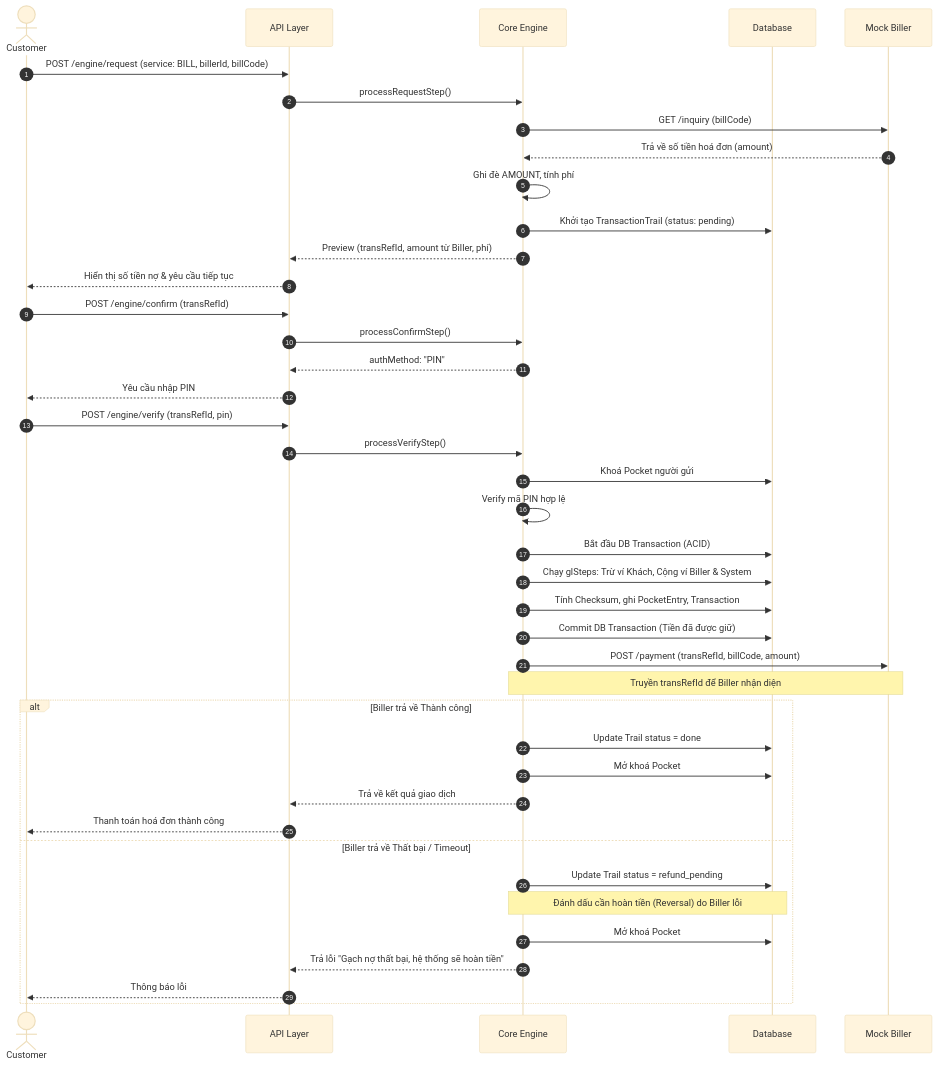
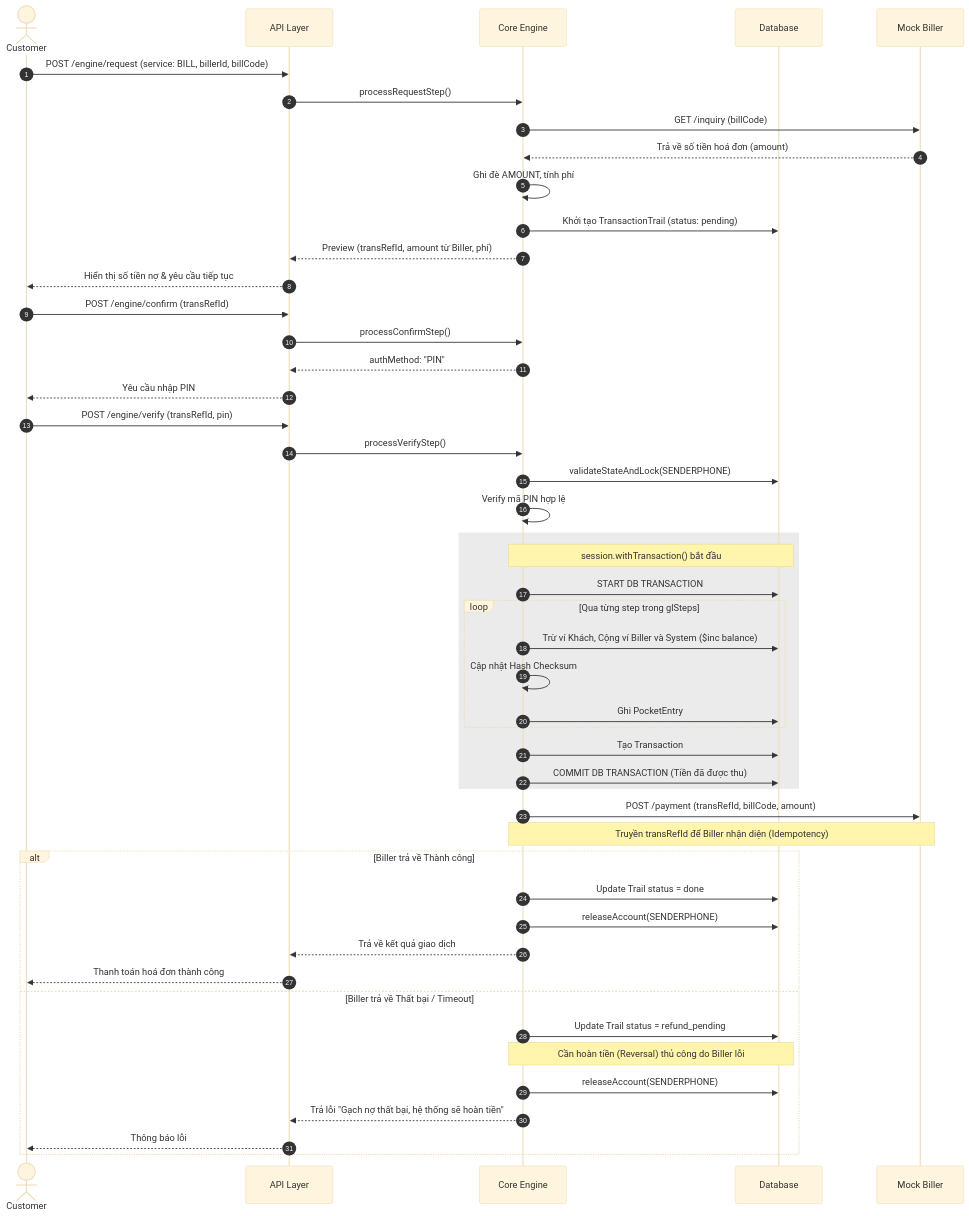
The third of 3 diagrams in docs/Sequence diagram/Sequence.md (DLdevcoder/MINI-WALLET), drawn with Mermaid (base theme) before and after one commit. The commit also changed other lines of this file, not shown here.

Commit message:
docs: add detail in verify on sequence

````diff
--- a/docs/Sequence diagram/Sequence.md
+++ b/docs/Sequence diagram/Sequence.md
@@ -112,54 +130,60 @@
 ```mermaid
 sequenceDiagram
     autonumber
     actor C as Customer
     participant A as API Layer
     participant E as Core Engine
     participant D as Database
     participant B as Mock Biller
 
     %% BƯỚC 1: REQUEST & INQUIRY
     C->>A: POST /engine/request (service: BILL, billerId, billCode)
     A->>E: processRequestStep()
     E->>B: GET /inquiry (billCode)
     B-->>E: Trả về số tiền hoá đơn (amount)
     E->>E: Ghi đè AMOUNT, tính phí
     E->>D: Khởi tạo TransactionTrail (status: pending)
     E-->>A: Preview (transRefId, amount từ Biller, phí)
     A-->>C: Hiển thị số tiền nợ & yêu cầu tiếp tục
 
     %% BƯỚC 2: CONFIRM
     C->>A: POST /engine/confirm (transRefId)
     A->>E: processConfirmStep()
     E-->>A: authMethod: "PIN"
     A-->>C: Yêu cầu nhập PIN
 
-    %% BƯỚC 3: VERIFY (THU TIỀN TRƯỚC, GỌI BILLER SAU)
+    %% BƯỚC 3: VERIFY
     C->>A: POST /engine/verify (transRefId, pin)
     A->>E: processVerifyStep()
-    E->>D: Khoá Pocket người gửi
+    E->>D: validateStateAndLock(SENDERPHONE)
     E->>E: Verify mã PIN hợp lệ
 
-    %% GHI SỔ KÉP ĐỂ THU TIỀN TRƯỚC
-    E->>D: Bắt đầu DB Transaction (ACID)
-    E->>D: Chạy glSteps: Trừ ví Khách, Cộng ví Biller & System
-    E->>D: Tính Checksum, ghi PocketEntry, Transaction
-    E->>D: Commit DB Transaction (Tiền đã được giữ)
+    rect rgba(120, 120, 120, 0.15)
+        Note over E,D: session.withTransaction() bắt đầu
+        E->>D: START DB TRANSACTION
+        loop Qua từng step trong glSteps
+            E->>D: Trừ ví Khách, Cộng ví Biller và System ($inc balance)
+            E->>E: Cập nhật Hash Checksum
+            E->>D: Ghi PocketEntry
+        end
+        E->>D: Tạo Transaction
+        E->>D: COMMIT DB TRANSACTION (Tiền đã được thu)
+    end
 
     %% GỌI PAYMENT SAU KHI ĐÃ THU TIỀN
     E->>B: POST /payment (transRefId, billCode, amount)
-    Note over E,B: Truyền transRefId để Biller nhận diện
+    Note over E,B: Truyền transRefId để Biller nhận diện (Idempotency)
 
     alt Biller trả về Thành công
         E->>D: Update Trail status = done
-        E->>D: Mở khoá Pocket
+        E->>D: releaseAccount(SENDERPHONE)
         E-->>A: Trả về kết quả giao dịch
         A-->>C: Thanh toán hoá đơn thành công
     else Biller trả về Thất bại / Timeout
         E->>D: Update Trail status = refund_pending
-        Note over E,D: Đánh dấu cần hoàn tiền (Reversal) do Biller lỗi
-        E->>D: Mở khoá Pocket
+        Note over E,D: Cần hoàn tiền (Reversal) thủ công do Biller lỗi
+        E->>D: releaseAccount(SENDERPHONE)
         E-->>A: Trả lỗi "Gạch nợ thất bại, hệ thống sẽ hoàn tiền"
         A-->>C: Thông báo lỗi
     end
 ```
````
